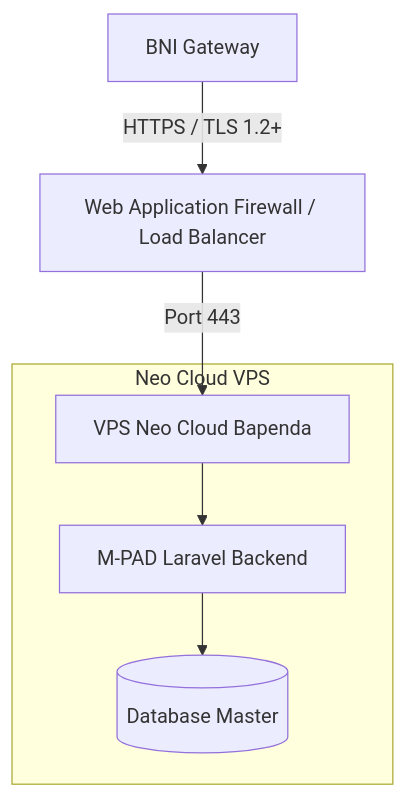
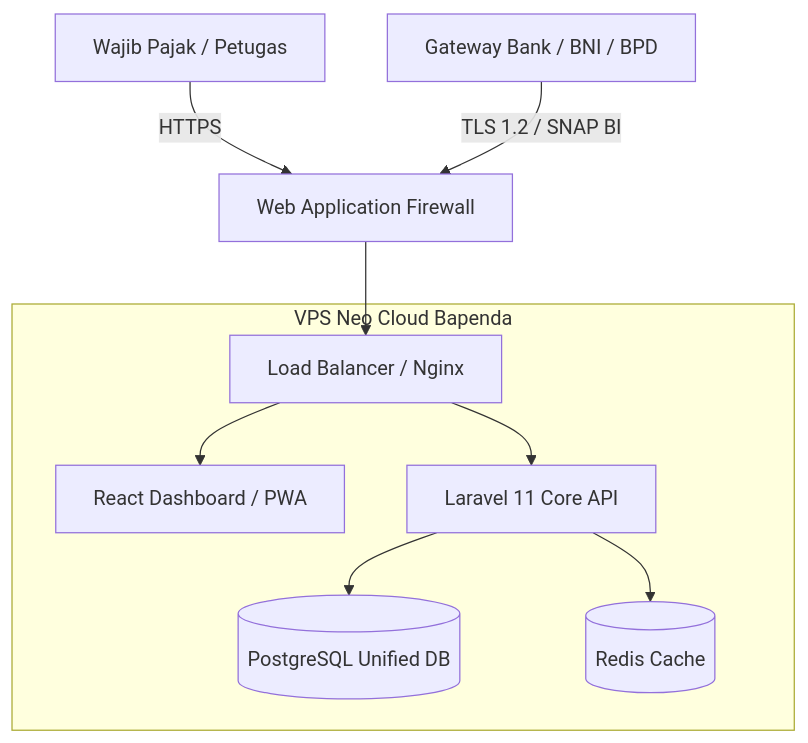
Before and after one commit to arif-rizal1122/retribusi-api: the first of 3 diagrams in docs/Dokumen_Perencanaan_Sistem_Pendapatan_Baubau.md, drawn with Mermaid. The commit also changed other lines of this file, not shown here.

```diff
--- a/docs/Dokumen_Perencanaan_Sistem_Pendapatan_Baubau.md
+++ b/docs/Dokumen_Perencanaan_Sistem_Pendapatan_Baubau.md
@@ -22,10 +64,15 @@
 <div class="mermaid">
 graph TD
-    Client[BNI Gateway] -->|HTTPS / TLS 1.2+| WAF[Web Application Firewall / Load Balancer]
-    WAF -->|Port 443| Server[VPS Neo Cloud Bapenda]
+    Client[Wajib Pajak / Petugas] -->|HTTPS| WAF[Web Application Firewall]
+    Gateway[Gateway Bank / BNI / BPD] -->|TLS 1.2 / SNAP BI| WAF
     
-    subgraph Neo Cloud VPS
-        Server --> App[M-PAD Laravel Backend]
-        App --> DB[(Database Master)]
+    WAF --> LoadBalancer[Load Balancer / Nginx]
+    
+    subgraph VPS Neo Cloud Bapenda
+        LoadBalancer --> Frontend[React Dashboard / PWA]
+        LoadBalancer --> Backend[Laravel 11 Core API]
+        
+        Backend --> DB[(PostgreSQL Unified DB)]
+        Backend --> Redis[(Redis Cache)]
     end
 </div>
```
